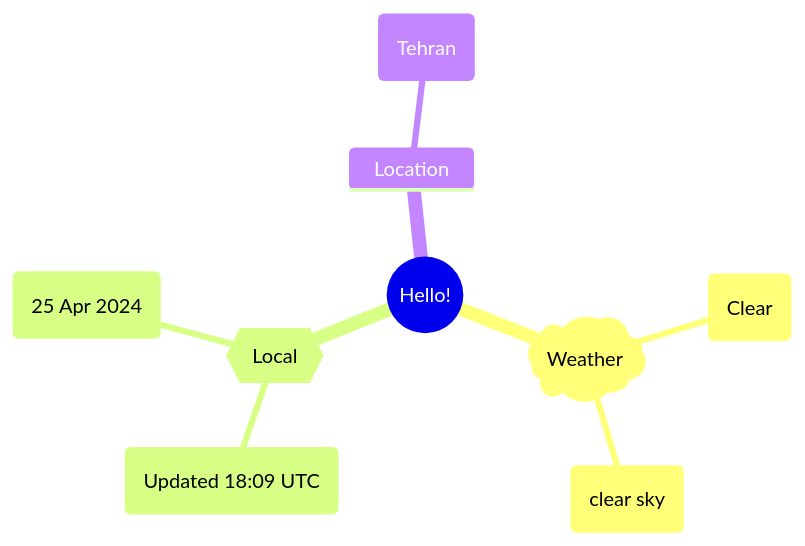
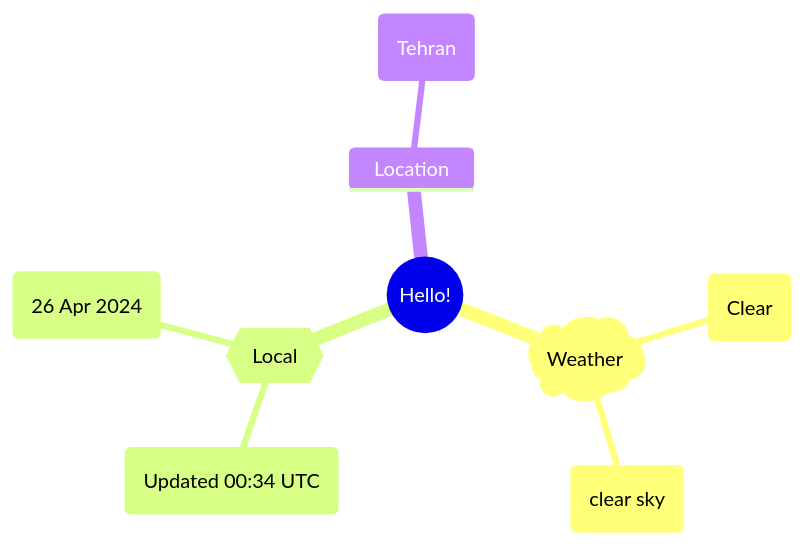
One commit to Xosrov/Xosrov changed the first of 2 diagrams in README.md. Above: the diagram before and after it, drawn with Mermaid.

Commit message:
[bot] updated images

````diff
--- a/README.md
+++ b/README.md
@@ -3,12 +3,12 @@
 ```mermaid
 mindmap
   root((Hello!))
     )Weather(
         (Clear)
         (clear sky)
     {{Local}}
-        (Updated 18:09 UTC)
-        (25 Apr 2024)
+        (Updated 00:34 UTC)
+        (26 Apr 2024)
     Location
         (Tehran)
 ```
````
